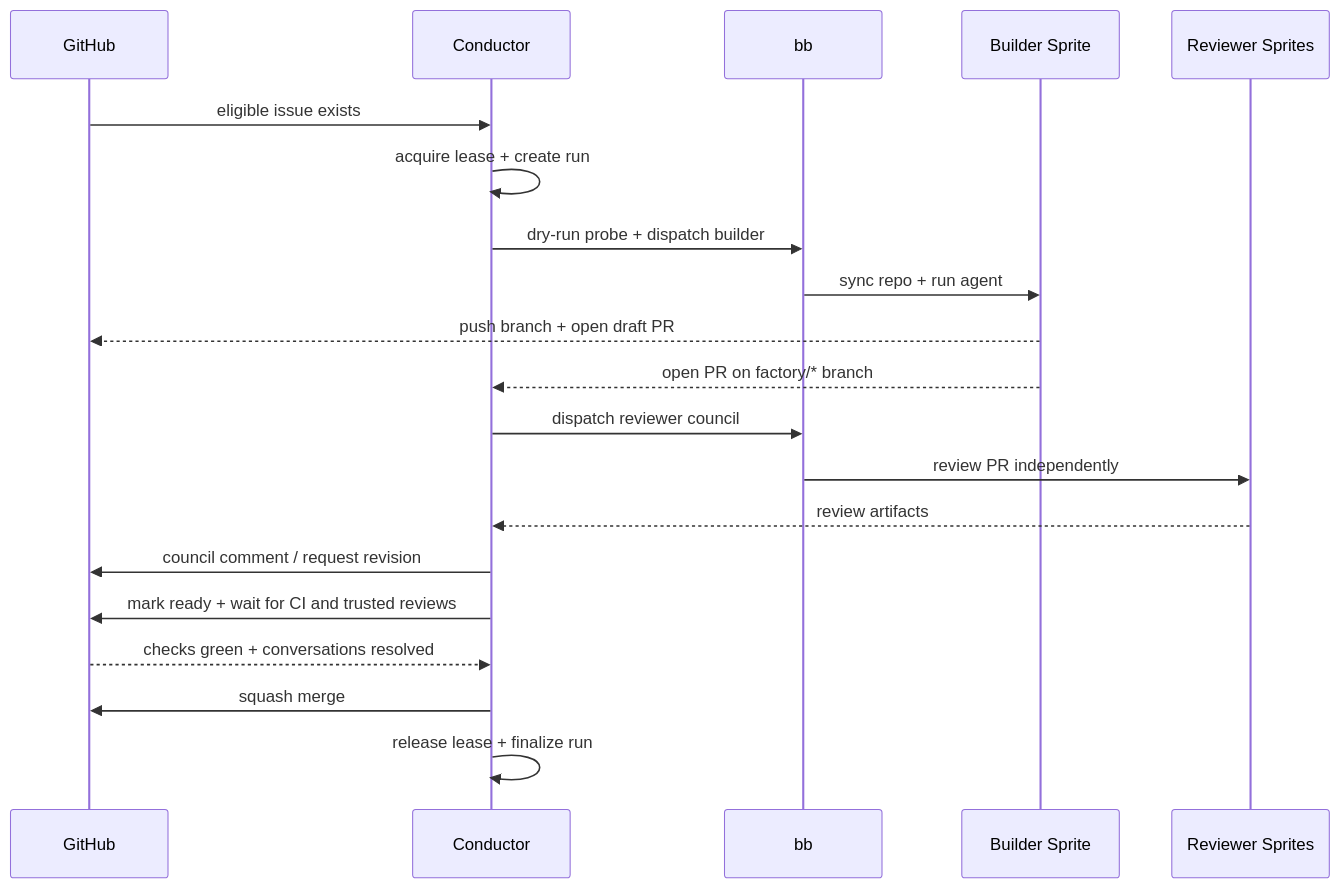
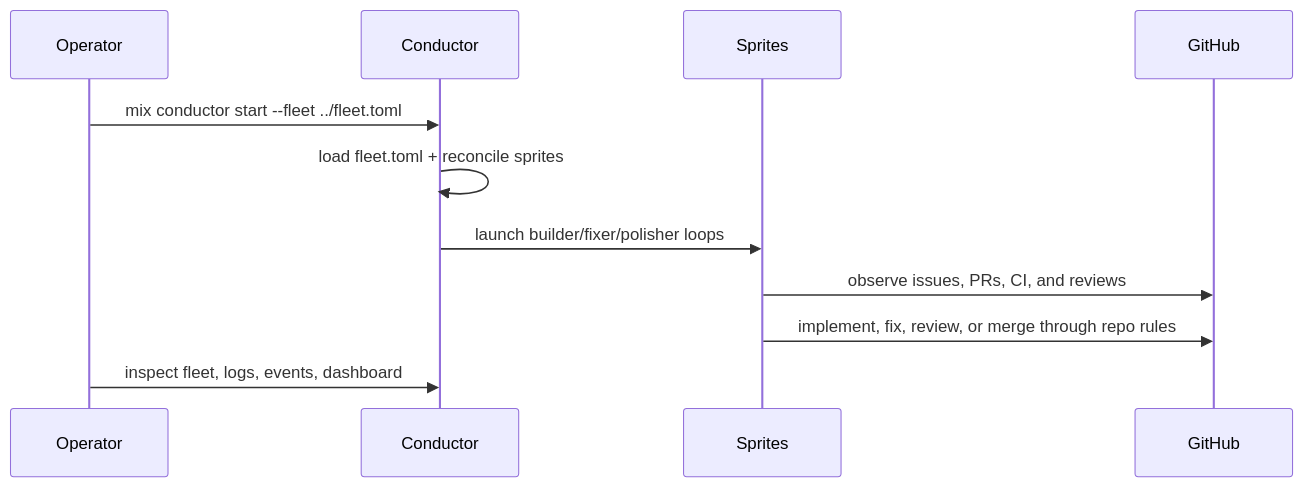
One commit to misty-step/bitterblossom changed the diagram in docs/CODEBASE_MAP.md. Above: the diagram before and after it, drawn with Mermaid. The commit also changed other lines of this file and 1 other file, not shown here.

Commit message:
docs: align root docs with conductor runtime

````diff
--- a/docs/CODEBASE_MAP.md
+++ b/docs/CODEBASE_MAP.md
@@ -23,23 +19,14 @@
 ```mermaid
 sequenceDiagram
+    participant O as Operator
+    participant C as Conductor
+    participant S as Sprites
     participant GH as GitHub
-    participant C as Conductor
-    participant BB as bb
-    participant W as Builder Sprite
-    participant R as Reviewer Sprites
 
-    GH->>C: eligible issue exists
-    C->>C: acquire lease + create run
-    C->>BB: dry-run probe + dispatch builder
-    BB->>W: sync repo + run agent
-    W-->>GH: push branch + open draft PR
-    W-->>C: open PR on factory/* branch
-    C->>BB: dispatch reviewer council
-    BB->>R: review PR independently
-    R-->>C: review artifacts
-    C->>GH: council comment / request revision
-    C->>GH: mark ready + wait for CI and trusted reviews
-    GH-->>C: checks green + conversations resolved
-    C->>GH: squash merge
-    C->>C: release lease + finalize run
+    O->>C: mix conductor start --fleet ../fleet.toml
+    C->>C: load fleet.toml + reconcile sprites
+    C->>S: launch builder/fixer/polisher loops
+    S->>GH: observe issues, PRs, CI, and reviews
+    S->>GH: implement, fix, review, or merge through repo rules
+    O->>C: inspect fleet, logs, events, dashboard
 ```
````
